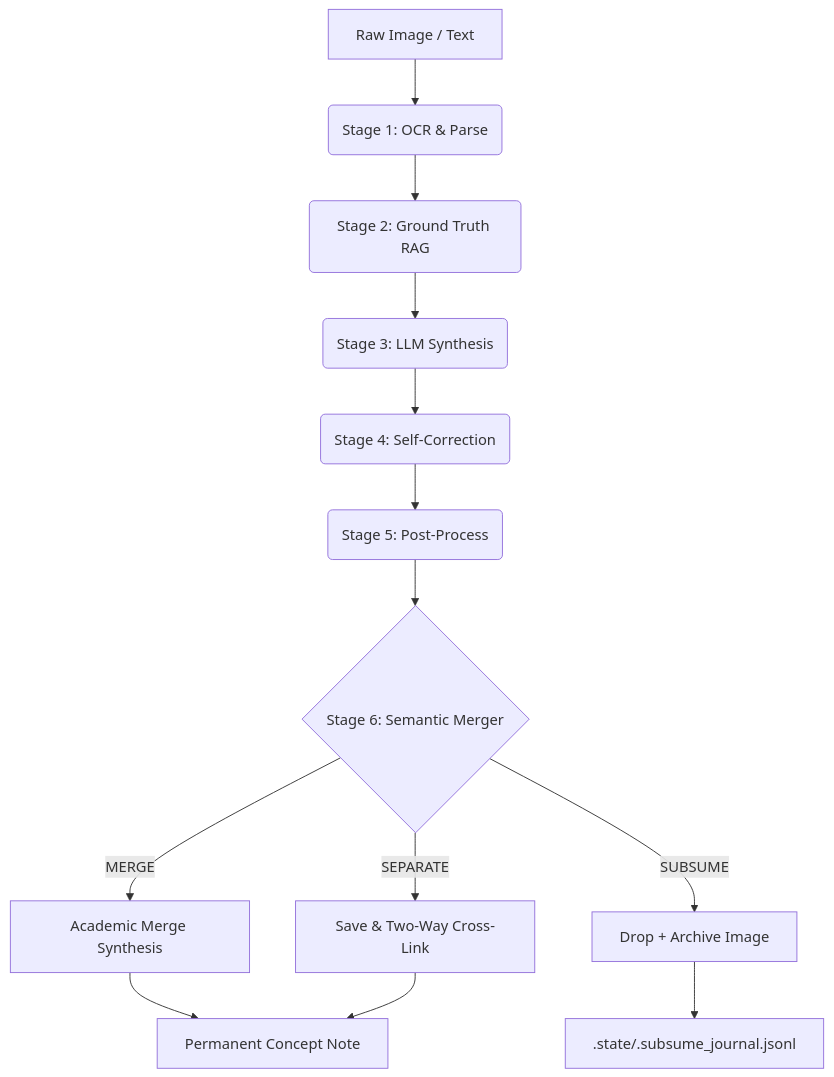
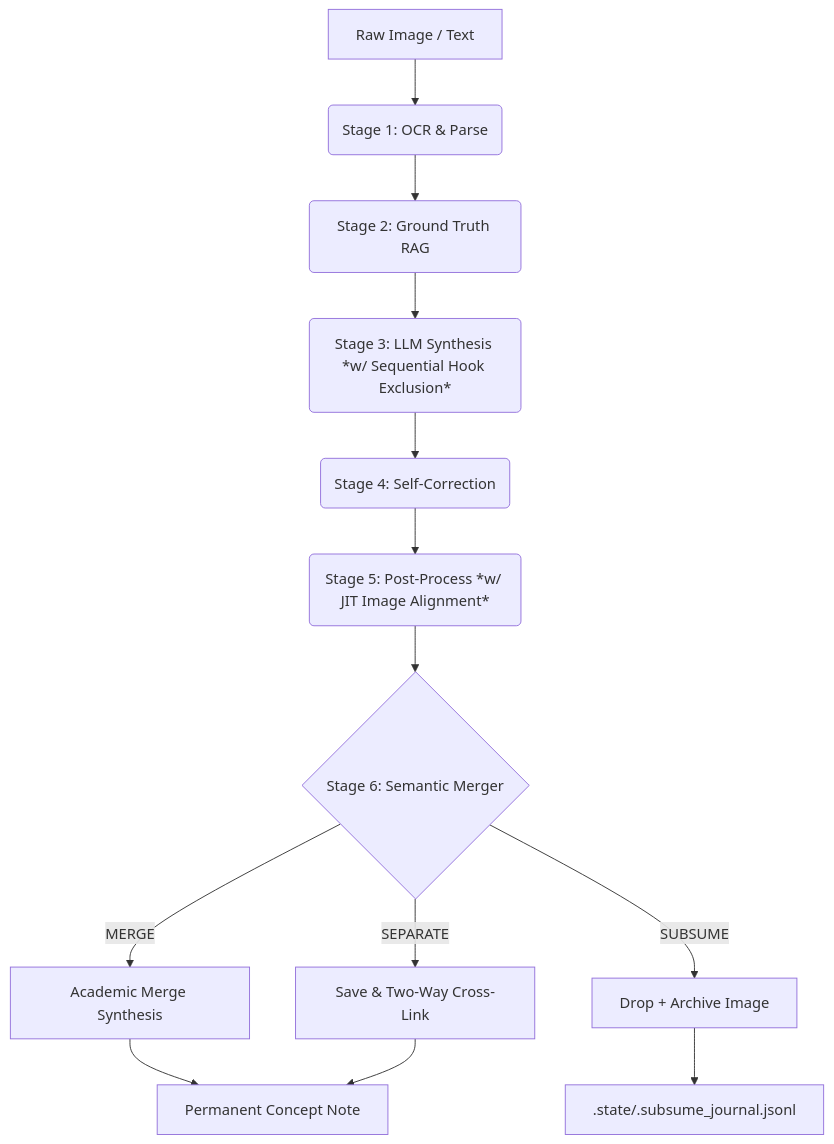
Before and after one commit to vvChu/vvc-second-brain-scripts: the diagram in scripts/README.md, drawn with Mermaid. The commit also changed other lines of this file and 14 other files, not shown here.

Commit message:
feat(moc): upgrade Mermaid density control and status indicator

````diff
--- a/scripts/README.md
+++ b/scripts/README.md
@@ -106,15 +107,15 @@
 ```mermaid
 graph TD
     A[Raw Image / Text] --> B(Stage 1: OCR & Parse)
     B --> C(Stage 2: Ground Truth RAG)
-    C --> D(Stage 3: LLM Synthesis)
+    C --> D(Stage 3: LLM Synthesis *w/ Sequential Hook Exclusion*)
     D --> E(Stage 4: Self-Correction)
-    E --> F(Stage 5: Post-Process)
+    E --> F(Stage 5: Post-Process *w/ JIT Image Alignment*)
     F --> H{Stage 6: Semantic Merger}
     H -- MERGE --> I[Academic Merge Synthesis]
     H -- SEPARATE --> J[Save & Two-Way Cross-Link]
     H -- SUBSUME --> K[Drop + Archive Image]
     I --> G[Permanent Concept Note]
     J --> G
     K --> L[.state/.subsume_journal.jsonl]
 ```
````
